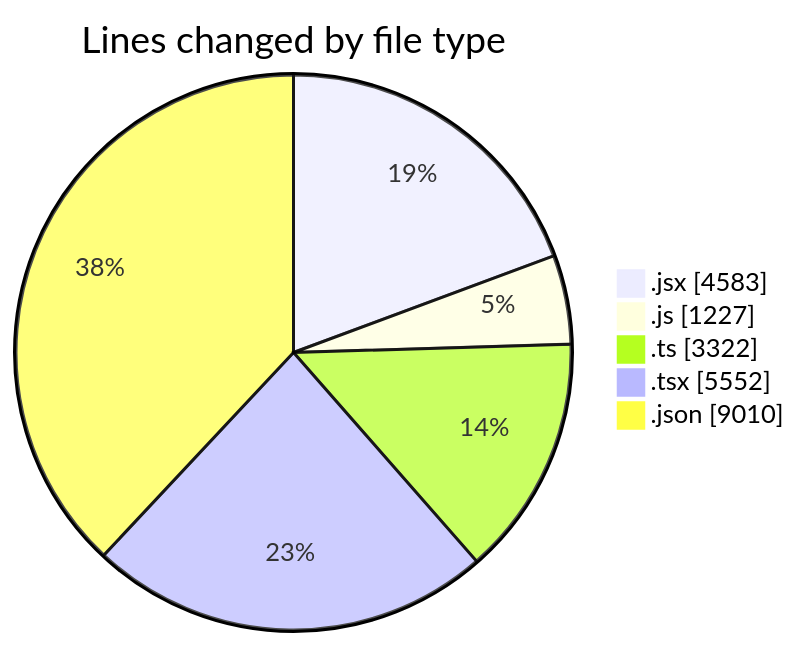
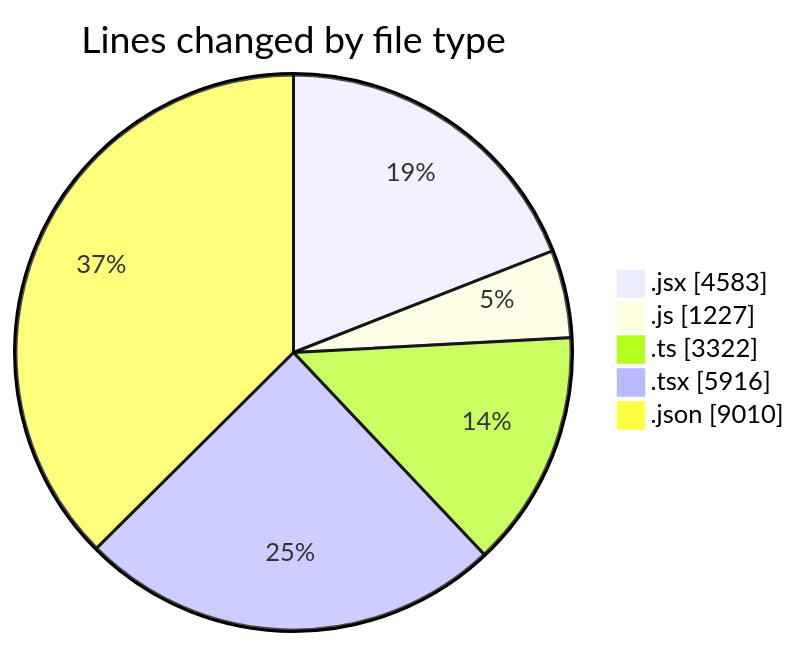
The first of 2 diagrams in 2026-01-21/nxtqube_webapp/README.md (nxtqubesakshisongat/code-tracking), drawn with Mermaid before and after one commit. The commit also changed other lines of this file and 1 other file, not shown here.

````diff
--- a/2026-01-21/nxtqube_webapp/README.md
+++ b/2026-01-21/nxtqube_webapp/README.md
@@ -35,9 +35,9 @@
 ```mermaid
 pie showData
 title Lines changed by file type
 ".jsx" : 4583
 ".js" : 1227
 ".ts" : 3322
-".tsx" : 5552
+".tsx" : 5916
 ".json" : 9010
 ```
````
